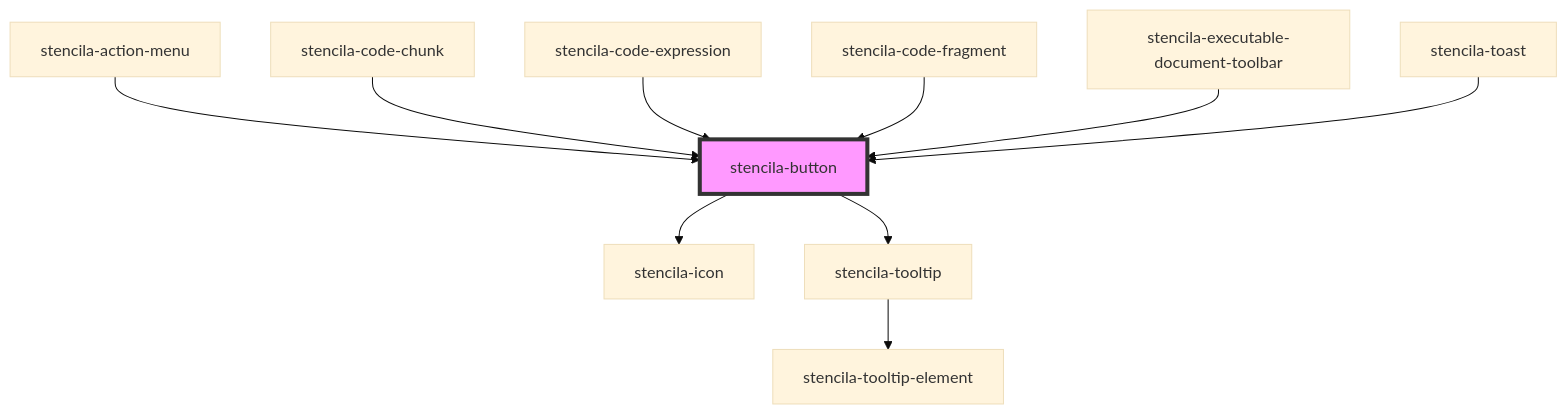
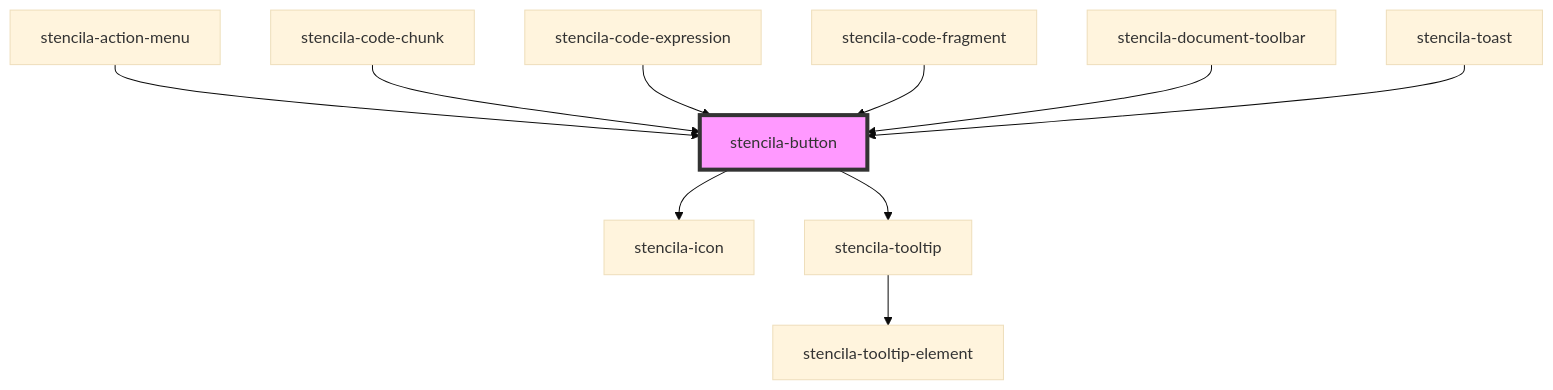
Before and after one commit to stencila/designa: the diagram in packages/components/src/components/button/readme.md, drawn with Mermaid (base theme). The commit also changed other lines of this file and 16 other files, not shown here.

First line of the commit message:
refactor(Document Toolbar): Rename component

````diff
--- a/packages/components/src/components/button/readme.md
+++ b/packages/components/src/components/button/readme.md
@@ -45,13 +45,13 @@
 ```mermaid
 graph TD;
   stencila-button --> stencila-icon
   stencila-button --> stencila-tooltip
   stencila-tooltip --> stencila-tooltip-element
   stencila-action-menu --> stencila-button
   stencila-code-chunk --> stencila-button
   stencila-code-expression --> stencila-button
   stencila-code-fragment --> stencila-button
-  stencila-executable-document-toolbar --> stencila-button
+  stencila-document-toolbar --> stencila-button
   stencila-toast --> stencila-button
   style stencila-button fill:#f9f,stroke:#333,stroke-width:4px
 ```
````
